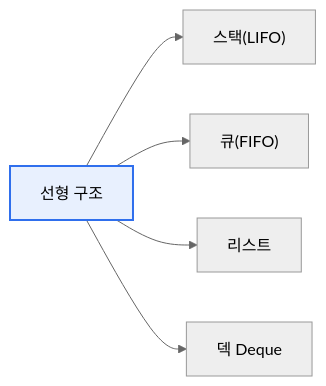
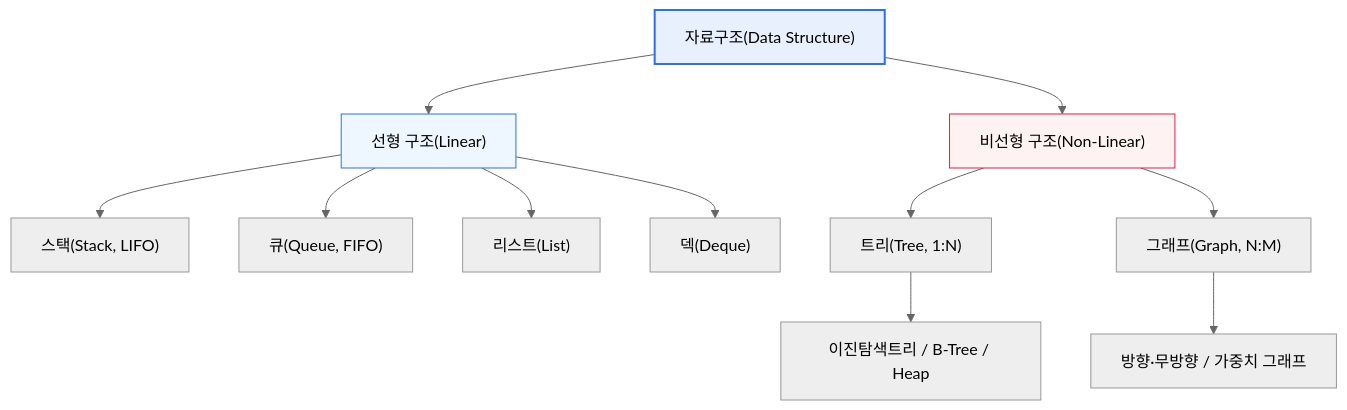
Before and after one commit to coninggu/wjdqhrhksflrltnftk: the first of 2 diagrams in content/data-structure-linear-nonlinear.md, drawn with Mermaid (neutral theme). The commit also changed other lines of this file and 3 other files, not shown here.

````diff
--- a/content/data-structure-linear-nonlinear.md
+++ b/content/data-structure-linear-nonlinear.md
@@ -15,8 +23,16 @@
 ```mermaid
-flowchart LR
-  A[선형 구조] --> S["스택(LIFO)"]
-  A --> Q["큐(FIFO)"]
-  A --> L[리스트]
-  A --> D[덱 Deque]
-  style A fill:#e8f0fe,stroke:#2f6fed,stroke-width:2px
+flowchart TB
+  DS["자료구조(Data Structure)"] --> LN["선형 구조(Linear)"]
+  DS --> NL["비선형 구조(Non-Linear)"]
+  LN --> ST["스택(Stack, LIFO)"]
+  LN --> QU["큐(Queue, FIFO)"]
+  LN --> LI["리스트(List)"]
+  LN --> DQ["덱(Deque)"]
+  NL --> TR["트리(Tree, 1:N)"]
+  NL --> GR["그래프(Graph, N:M)"]
+  TR --> BST["이진탐색트리 / B-Tree / Heap"]
+  GR --> DG["방향·무방향 / 가중치 그래프"]
+  style DS fill:#e8f0fe,stroke:#2f6fed,stroke-width:2px
+  style LN fill:#eef6ff,stroke:#2f6fed
+  style NL fill:#fef3f2,stroke:#e11d48
 ```
````
